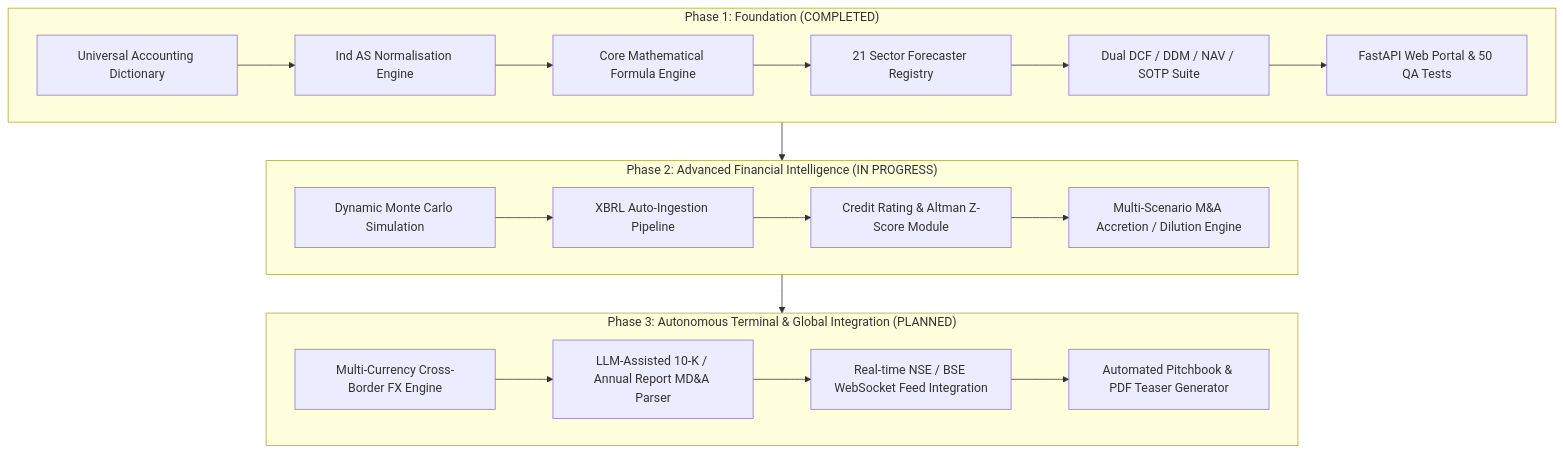
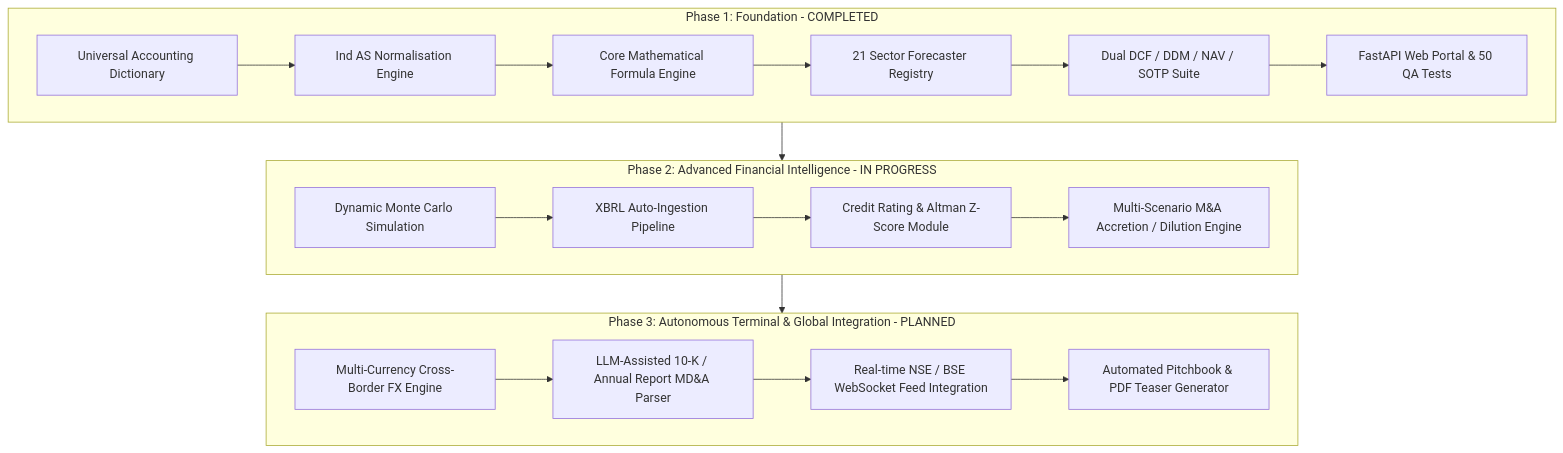
The diagram in resources/ROADMAP.md (sarvesh270707/Universal-Valuation-Engine), drawn with Mermaid before and after one commit. The commit also changed 1 other file, not shown here.

Commit message:
fix(docs): repair Mermaid architecture diagram syntax for GitHub renderer compatibility

````diff
--- a/resources/ROADMAP.md
+++ b/resources/ROADMAP.md
@@ -11,25 +11,25 @@
 ```mermaid
 flowchart TD
-    subgraph Phase1["Phase 1: Foundation (COMPLETED)"]
-        A1[Universal Accounting Dictionary] --> A2[Ind AS Normalisation Engine]
-        A2 --> A3[Core Mathematical Formula Engine]
-        A3 --> A4[21 Sector Forecaster Registry]
-        A4 --> A5[Dual DCF / DDM / NAV / SOTP Suite]
-        A5 --> A6[FastAPI Web Portal & 50 QA Tests]
+    subgraph Phase1["Phase 1: Foundation - COMPLETED"]
+        A1["Universal Accounting Dictionary"] --> A2["Ind AS Normalisation Engine"]
+        A2 --> A3["Core Mathematical Formula Engine"]
+        A3 --> A4["21 Sector Forecaster Registry"]
+        A4 --> A5["Dual DCF / DDM / NAV / SOTP Suite"]
+        A5 --> A6["FastAPI Web Portal & 50 QA Tests"]
     end
 
-    subgraph Phase2["Phase 2: Advanced Financial Intelligence (IN PROGRESS)"]
-        B1[Dynamic Monte Carlo Simulation] --> B2[XBRL Auto-Ingestion Pipeline]
-        B2 --> B3[Credit Rating & Altman Z-Score Module]
-        B3 --> B4[Multi-Scenario M&A Accretion / Dilution Engine]
+    subgraph Phase2["Phase 2: Advanced Financial Intelligence - IN PROGRESS"]
+        B1["Dynamic Monte Carlo Simulation"] --> B2["XBRL Auto-Ingestion Pipeline"]
+        B2 --> B3["Credit Rating & Altman Z-Score Module"]
+        B3 --> B4["Multi-Scenario M&A Accretion / Dilution Engine"]
     end
 
-    subgraph Phase3["Phase 3: Autonomous Terminal & Global Integration (PLANNED)"]
-        C1[Multi-Currency Cross-Border FX Engine] --> C2[LLM-Assisted 10-K / Annual Report MD&A Parser]
-        C2 --> C3[Real-time NSE / BSE WebSocket Feed Integration]
-        C3 --> C4[Automated Pitchbook & PDF Teaser Generator]
+    subgraph Phase3["Phase 3: Autonomous Terminal & Global Integration - PLANNED"]
+        C1["Multi-Currency Cross-Border FX Engine"] --> C2["LLM-Assisted 10-K / Annual Report MD&A Parser"]
+        C2 --> C3["Real-time NSE / BSE WebSocket Feed Integration"]
+        C3 --> C4["Automated Pitchbook & PDF Teaser Generator"]
     end
 
     Phase1 --> Phase2
     Phase2 --> Phase3
 ```
````
